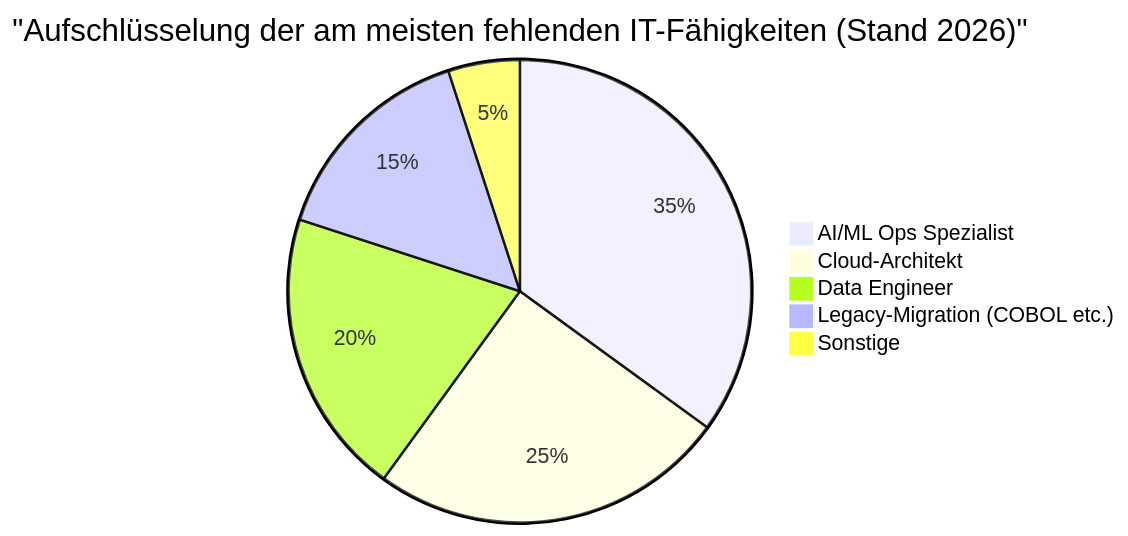
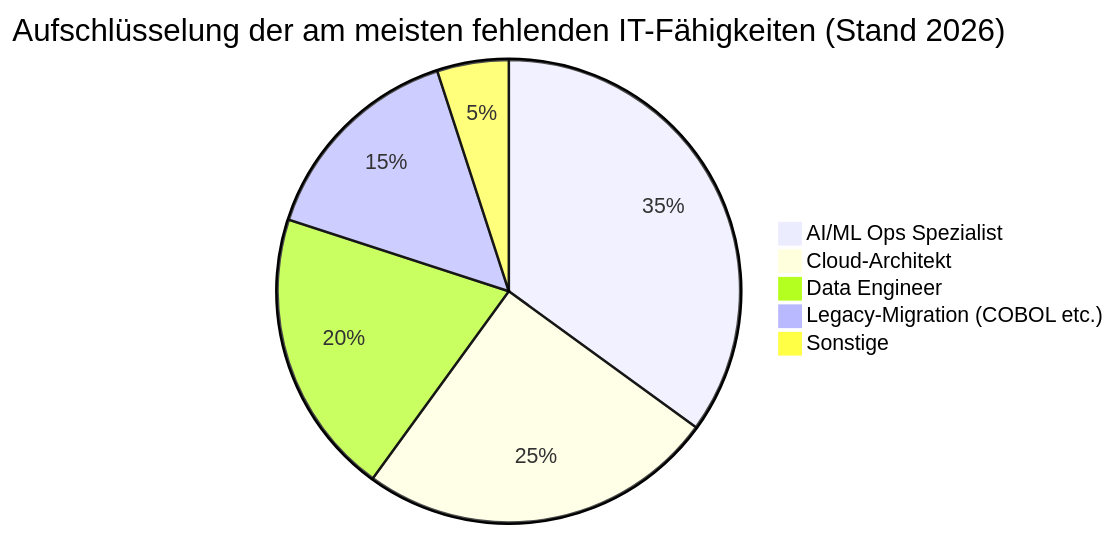
Before and after one commit to kenjinote/blog: the second of 4 diagrams in content/post/it_talent_shortage_2026/index.de.md, drawn with Mermaid. The commit also changed other lines of this file and 703 other files, not shown here.

Commit message:
Fix: Remove quotes from Mermaid link texts and timeline definitions to support Mermaid 11.4.1

````diff
--- a/content/post/it_talent_shortage_2026/index.de.md
+++ b/content/post/it_talent_shortage_2026/index.de.md
@@ -77,8 +77,8 @@
 ```mermaid
-pie title "Aufschlüsselung der am meisten fehlenden IT-Fähigkeiten (Stand 2026)"
+pie title Aufschlüsselung der am meisten fehlenden IT-Fähigkeiten (Stand 2026)
     "AI/ML Ops Spezialist" : 35
     "Cloud-Architekt" : 25
     "Data Engineer" : 20
     "Legacy-Migration (COBOL etc.)" : 15
     "Sonstige" : 5
 ```
````
